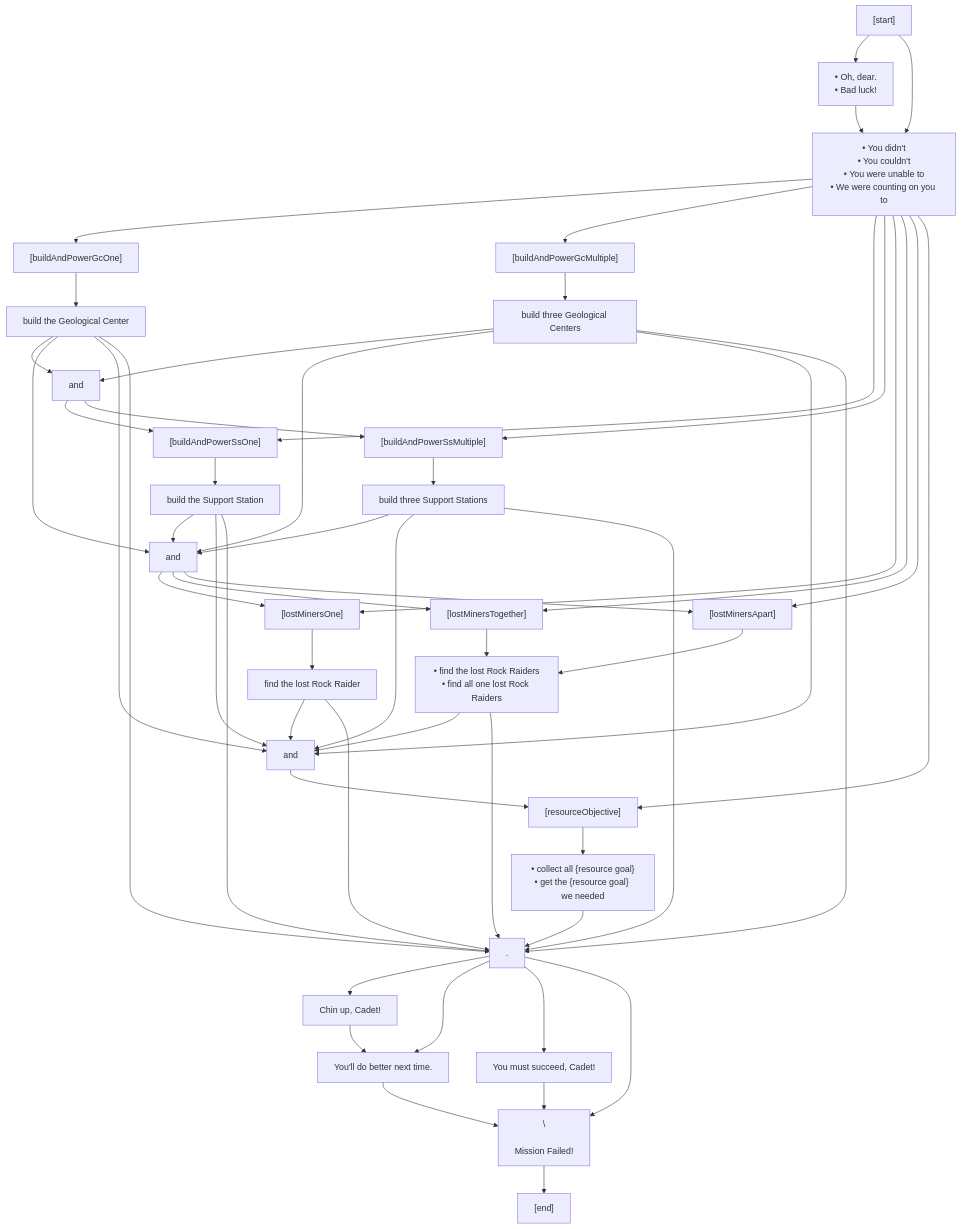
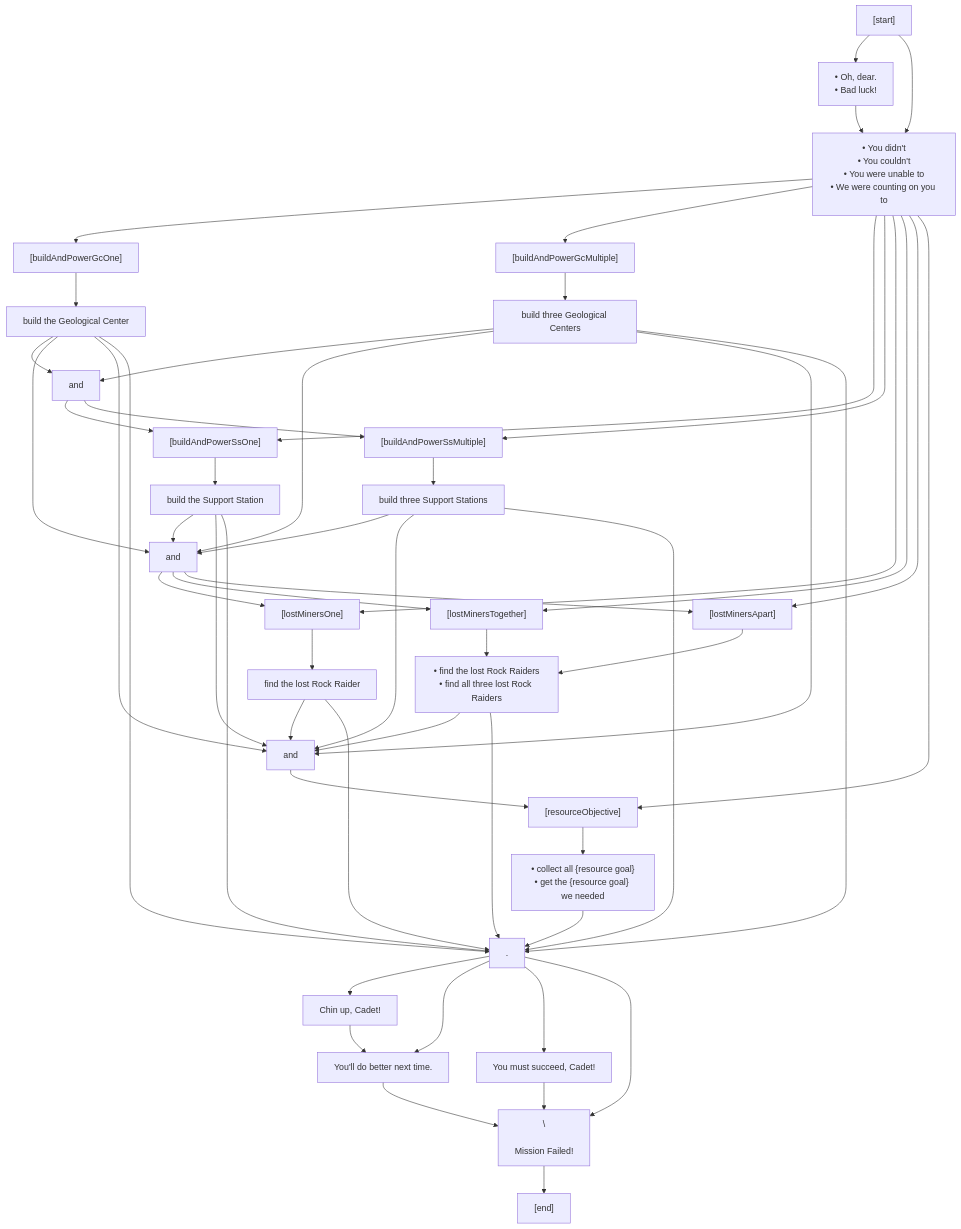
Before and after one commit to charredUtensil/groundhog: the first of 2 diagrams in src/core/lore/graphs/conclusions.md, drawn with Mermaid. The commit also changed other lines of this file and 3 other files, not shown here.

````diff
--- a/src/core/lore/graphs/conclusions.md
+++ b/src/core/lore/graphs/conclusions.md
@@ -3,82 +3,82 @@
 ```mermaid
 flowchart TD;
 P0["[start]"]
 P0 --> P1
 P0 --> P2
 P1["&bull; Oh, dear.<br/>&bull; Bad luck!"]
 P1 --> P2
 P2["&bull; You didn't<br/>&bull; You couldn't<br/>&bull; You were unable to<br/>&bull; We were counting on you to"]
 P2 --> P3
 P2 --> P5
 P2 --> P8
 P2 --> P10
 P2 --> P13
 P2 --> P15
 P2 --> P16
 P2 --> P19
 P3["[buildAndPowerGcOne]"]
 P3 --> P4
 P4["build the Geological Center"]
 P4 --> P7
 P4 --> P12
 P4 --> P18
 P4 --> P21
 P5["[buildAndPowerGcMultiple]"]
 P5 --> P6
 P6["build three Geological Centers"]
 P6 --> P7
 P6 --> P12
 P6 --> P18
 P6 --> P21
 P7["and"]
 P7 --> P8
 P7 --> P10
 P8["[buildAndPowerSsOne]"]
 P8 --> P9
 P9["build the Support Station"]
 P9 --> P12
 P9 --> P18
 P9 --> P21
 P10["[buildAndPowerSsMultiple]"]
 P10 --> P11
 P11["build three Support Stations"]
 P11 --> P12
 P11 --> P18
 P11 --> P21
 P12["and"]
 P12 --> P13
 P12 --> P15
 P12 --> P16
 P13["[lostMinersOne]"]
 P13 --> P14
 P14["find the lost Rock Raider"]
 P14 --> P18
 P14 --> P21
 P15["[lostMinersTogether]"]
 P15 --> P17
 P16["[lostMinersApart]"]
 P16 --> P17
-P17["&bull; find the lost Rock Raiders<br/>&bull; find all one lost Rock Raiders"]
+P17["&bull; find the lost Rock Raiders<br/>&bull; find all three lost Rock Raiders"]
 P17 --> P18
 P17 --> P21
 P18["and"]
 P18 --> P19
 P19["[resourceObjective]"]
 P19 --> P20
 P20["&bull; collect all {resource goal}<br/>&bull; get the {resource goal} we needed"]
 P20 --> P21
 P21["."]
 P21 --> P22
 P21 --> P23
 P21 --> P24
 P21 --> P25
 P22["Chin up, Cadet!"]
 P22 --> P23
 P23["You'll do better next time."]
 P23 --> P25
 P24["You must succeed, Cadet!"]
 P24 --> P25
 P25["\\n\nMission Failed!"]
 P25 --> P26
 P26["[end]"]
 ```
````
